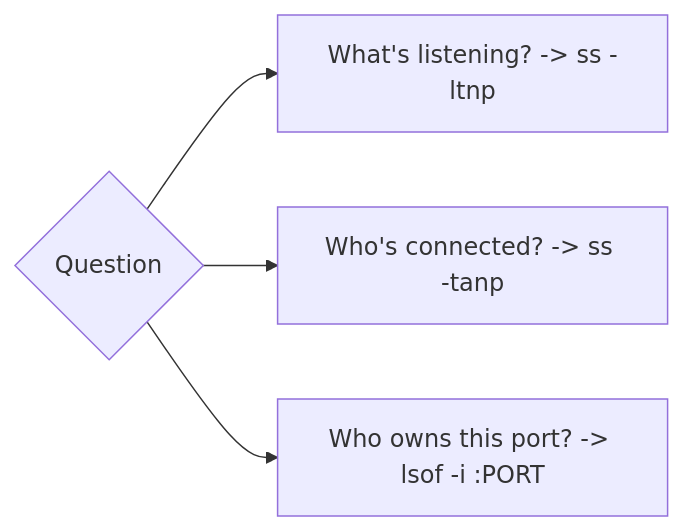
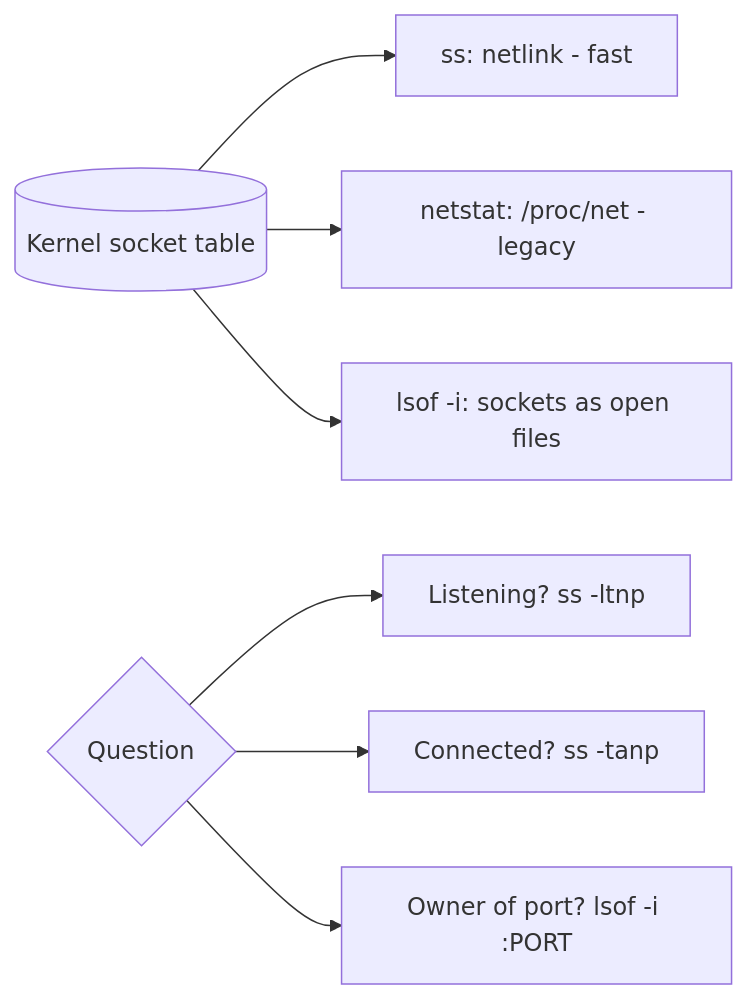
Before and after one commit to cloud-prakhar/learning-linux: the diagram in 07-networking-basics/netstat-ss-lsof.md, drawn with Mermaid. The commit also changed other lines of this file and 69 other files, not shown here.

````diff
--- a/07-networking-basics/netstat-ss-lsof.md
+++ b/07-networking-basics/netstat-ss-lsof.md
@@ -31,6 +38,9 @@
 ```mermaid
 flowchart LR
-    Q{Question} --> L[What's listening? -> ss -ltnp]
-    Q --> E[Who's connected? -> ss -tanp]
-    Q --> O[Who owns this port? -> lsof -i :PORT]
+    K[(Kernel socket table)] --> SS[ss: netlink - fast]
+    K --> NS[netstat: /proc/net - legacy]
+    K --> LS[lsof -i: sockets as open files]
+    Q{Question} --> L[Listening? ss -ltnp]
+    Q --> E[Connected? ss -tanp]
+    Q --> O[Owner of port? lsof -i :PORT]
 ```
````
